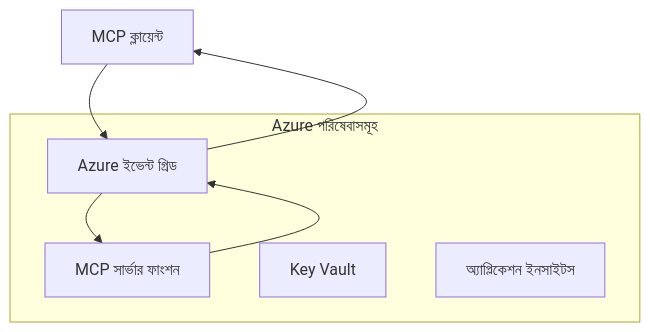
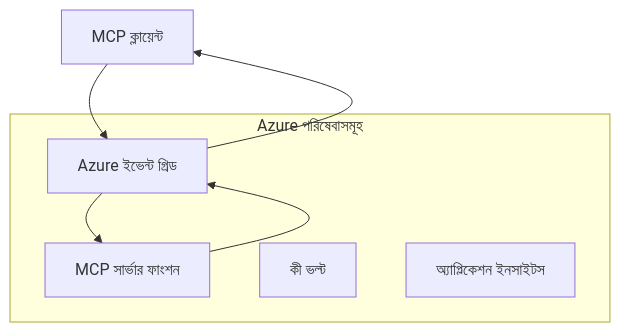
Before and after one commit to HIDORAKAI002/ai-workspace-archive: the first of 2 diagrams in mcp_ecosystem__model_context_protocol/mcp_learning_resources/mcp-for-beginners/translations/bn/05-AdvancedTopics/mcp-transport/README.md, drawn with Mermaid. The commit also changed other lines of this file and 1539 other files, not shown here.

````diff
--- a/mcp_ecosystem__model_context_protocol/mcp_learning_resources/mcp-for-beginners/translations/bn/05-AdvancedTopics/mcp-transport/README.md
+++ b/mcp_ecosystem__model_context_protocol/mcp_learning_resources/mcp-for-beginners/translations/bn/05-AdvancedTopics/mcp-transport/README.md
@@ -58,14 +58,14 @@
 ```mermaid
 graph TB
     Client[MCP ক্লায়েন্ট] --> EG[Azure ইভেন্ট গ্রিড]
     EG --> Server[MCP সার্ভার ফাংশন]
     Server --> EG
     EG --> Client
     
     subgraph "Azure পরিষেবাসমূহ"
         EG
         Server
-        KV[Key Vault]
+        KV[কী ভল্ট]
         Monitor[অ্যাপ্লিকেশন ইনসাইটস]
     end
 ```
````
